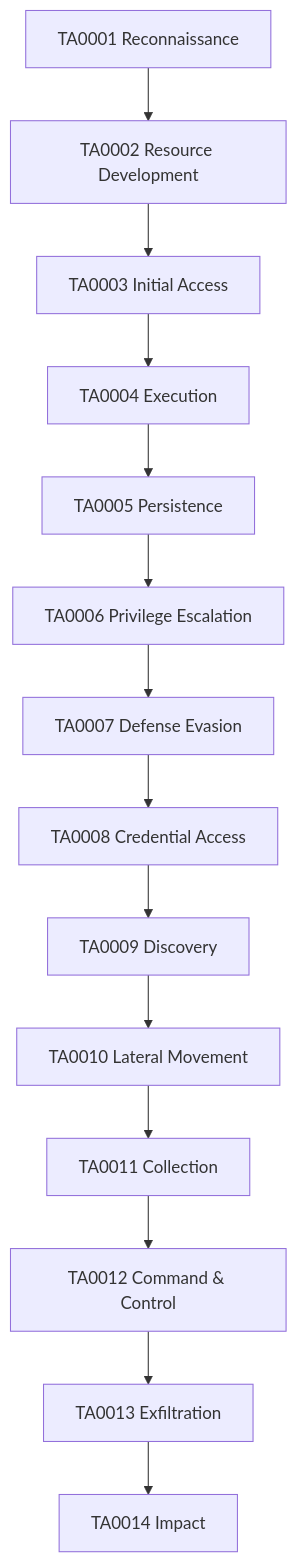
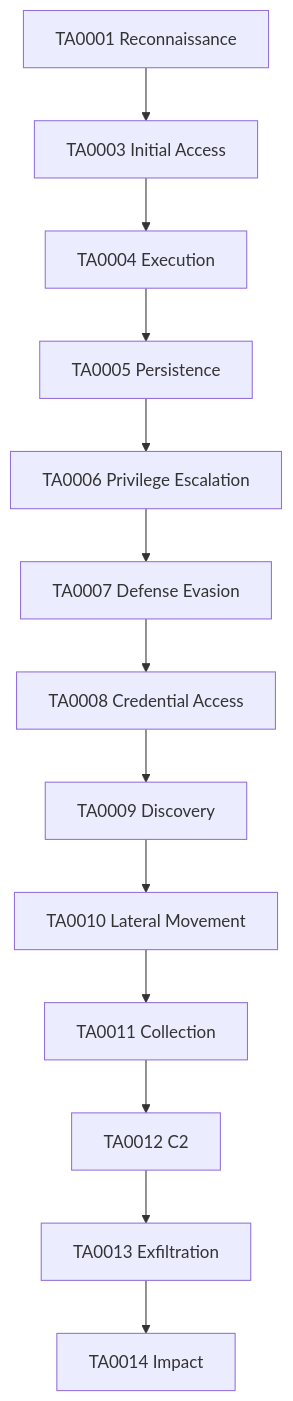
One commit to yugmerabtene/techniques-de-hacking-niveau-1 changed the second of 4 diagrams in JOUR-01.md. Above: the diagram before and after it, drawn with Mermaid. The commit also changed other lines of this file and 12 other files, not shown here.

````diff
--- a/JOUR-01.md
+++ b/JOUR-01.md
@@ -241,16 +125,15 @@
 ```mermaid
 flowchart TB
-    TA0001["TA0001 Reconnaissance"] --> TA0002["TA0002 Resource Development"]
-    TA0002 --> TA0003["TA0003 Initial Access"]
+    TA0001["TA0001 Reconnaissance"] --> TA0003["TA0003 Initial Access"]
     TA0003 --> TA0004["TA0004 Execution"]
     TA0004 --> TA0005["TA0005 Persistence"]
     TA0005 --> TA0006["TA0006 Privilege Escalation"]
     TA0006 --> TA0007["TA0007 Defense Evasion"]
     TA0007 --> TA0008["TA0008 Credential Access"]
     TA0008 --> TA0009["TA0009 Discovery"]
     TA0009 --> TA0010["TA0010 Lateral Movement"]
     TA0010 --> TA0011["TA0011 Collection"]
-    TA0011 --> TA0012["TA0012 Command & Control"]
+    TA0011 --> TA0012["TA0012 C2"]
     TA0012 --> TA0013["TA0013 Exfiltration"]
     TA0013 --> TA0014["TA0014 Impact"]
 ```
````
